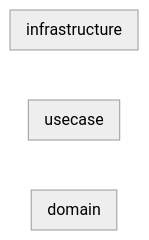
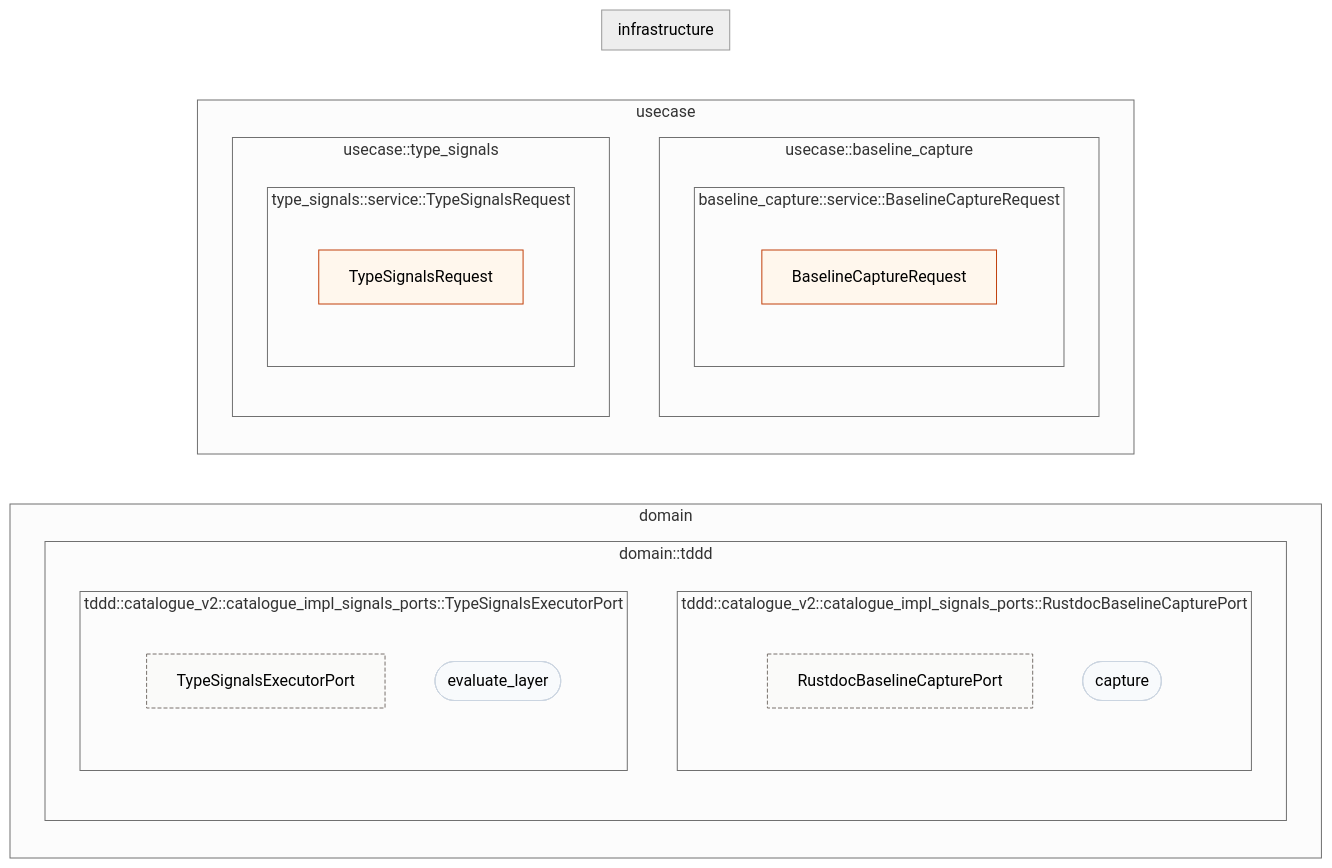
The diagram in track/items/ci-shorten-review-gate-fix-2026-06-01/contract-map.md (Flip451/SoTOHE-core), drawn with Mermaid (neutral theme) before and after one commit. The commit also changed 37 other files, not shown here.

````diff
--- a/track/items/ci-shorten-review-gate-fix-2026-06-01/contract-map.md
+++ b/track/items/ci-shorten-review-gate-fix-2026-06-01/contract-map.md
@@ -2,34 +2,67 @@
 ```mermaid
 flowchart LR
 classDef aggregate_root fill:#ede9fe,stroke:#4c1d95,stroke-width:2px
 classDef app_service fill:#ecfdf5,stroke:#059669,stroke-width:2px
 classDef command fill:#fff7ed,stroke:#c2410c,stroke-width:1px
 classDef domain_service fill:#fee2e2,stroke:#991b1b,stroke-width:1px
 classDef dto fill:#f8fafc,stroke:#64748b,stroke-width:1px
 classDef entity fill:#dbeafe,stroke:#1e40af,stroke-width:2px
 classDef error_type fill:#fef2f2,stroke:#b91c1c,stroke-width:1px,stroke-dasharray:4 2
 classDef factory fill:#e0f2fe,stroke:#0369a1,stroke-width:1px
 classDef free_function fill:#f5f3ff,stroke:#7c3aed,stroke-width:1px
 classDef function_node fill:#f5f3ff,stroke:#a78bfa,stroke-width:1px
 classDef interactor fill:#f0fdfa,stroke:#0d9488,stroke-width:1px
 classDef method_node fill:#f8fafc,stroke:#cbd5e1,stroke-width:1px
 classDef query fill:#f0f9ff,stroke:#0369a1,stroke-width:1px
 classDef secondary_adapter fill:#fafaf9,stroke:#57534e,stroke-width:1px
 classDef secondary_port fill:#fafaf9,stroke:#78716c,stroke-width:1px,stroke-dasharray:4 2
 classDef specification fill:#fdf4ff,stroke:#6b21a8,stroke-width:1px
 classDef specification_port fill:#fdf4ff,stroke:#9333ea,stroke-width:1px,stroke-dasharray:4 2
 classDef typestate_overlay stroke:#dc2626,stroke-width:3px
 classDef use_case fill:#ecfeff,stroke:#0e7490,stroke-width:1px
 classDef use_case_function fill:#eef2ff,stroke:#4338ca,stroke-width:1px
 classDef value_object fill:#d1fae5,stroke:#065f46,stroke-width:1px
 classDef variant_node fill:#fafaf9,stroke:#d6d3d1,stroke-width:1px
 subgraph domain["domain"]
   direction TB
+  subgraph domain_domain_module_tddd["domain::tddd"]
+    direction TB
+  subgraph R40_domain_domain_RustdocBaselineCapturePort["tddd::catalogue_v2::catalogue_impl_signals_ports::RustdocBaselineCapturePort"]
+    direction TB
+    R40_domain_domain_RustdocBaselineCapturePort__self[RustdocBaselineCapturePort]
+    R40_domain_domain_RustdocBaselineCapturePort_capture([capture])
+  end
+  subgraph R37_domain_domain_TypeSignalsExecutorPort["tddd::catalogue_v2::catalogue_impl_signals_ports::TypeSignalsExecutorPort"]
+    direction TB
+    R37_domain_domain_TypeSignalsExecutorPort__self[TypeSignalsExecutorPort]
+    R37_domain_domain_TypeSignalsExecutorPort_evaluate_layer([evaluate_layer])
+  end
+  end
 end
 subgraph usecase["usecase"]
   direction TB
+  subgraph usecase_usecase_module_baseline_capture["usecase::baseline_capture"]
+    direction TB
+  subgraph T38_usecase_usecase_BaselineCaptureRequest["baseline_capture::service::BaselineCaptureRequest"]
+    direction TB
+    T38_usecase_usecase_BaselineCaptureRequest__self[BaselineCaptureRequest]
+  end
+  end
+  subgraph usecase_usecase_module_type_signals["usecase::type_signals"]
+    direction TB
+  subgraph T34_usecase_usecase_TypeSignalsRequest["type_signals::service::TypeSignalsRequest"]
+    direction TB
+    T34_usecase_usecase_TypeSignalsRequest__self[TypeSignalsRequest]
+  end
+  end
 end
 subgraph infrastructure["infrastructure"]
   direction TB
 end
+class R40_domain_domain_RustdocBaselineCapturePort_capture method_node
+class R40_domain_domain_RustdocBaselineCapturePort__self secondary_port
+class R37_domain_domain_TypeSignalsExecutorPort_evaluate_layer method_node
+class R37_domain_domain_TypeSignalsExecutorPort__self secondary_port
+class T38_usecase_usecase_BaselineCaptureRequest__self command
+class T34_usecase_usecase_TypeSignalsRequest__self command
 ```
````
